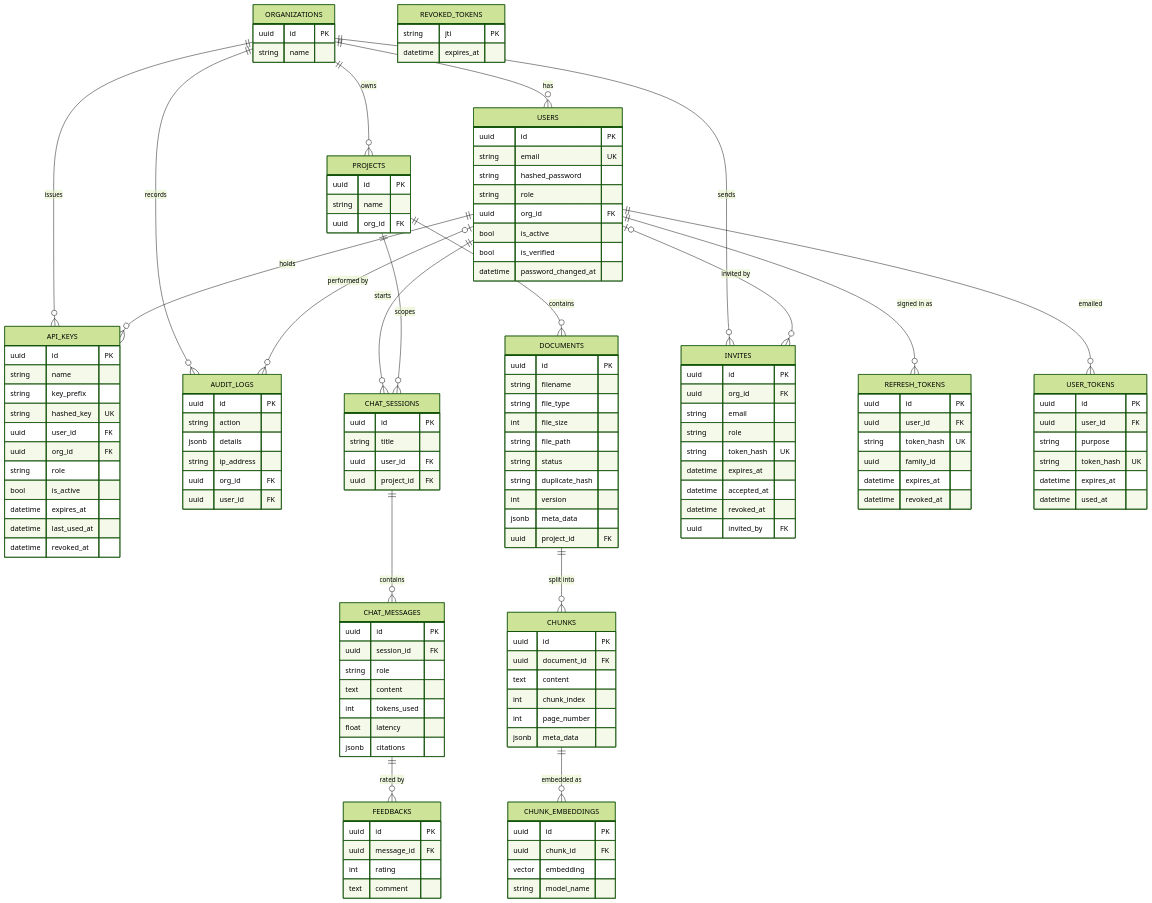
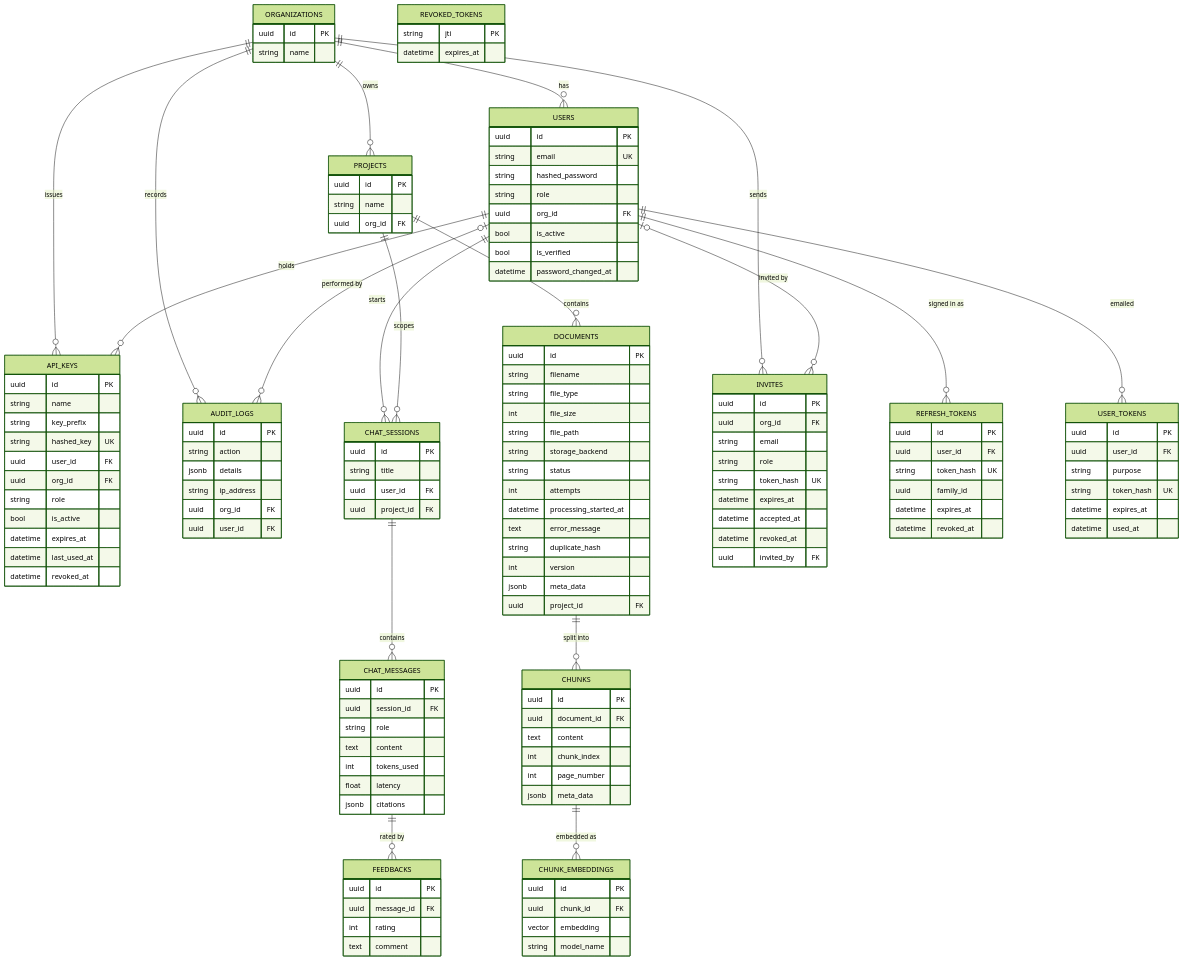
Before and after one commit to dhanoliya-ji/DOCMINDS: diagram 11 of 15 in docs/ARCHITECTURE.md, drawn with Mermaid (forest theme). The commit also changed other lines of this file and 35 other files, not shown here.

```diff
--- a/docs/ARCHITECTURE.md
+++ b/docs/ARCHITECTURE.md
@@ -481,7 +585,11 @@
         string file_type
         int file_size
         string file_path
+        string storage_backend
         string status
+        int attempts
+        datetime processing_started_at
+        text error_message
         string duplicate_hash
         int version
         jsonb meta_data
```
